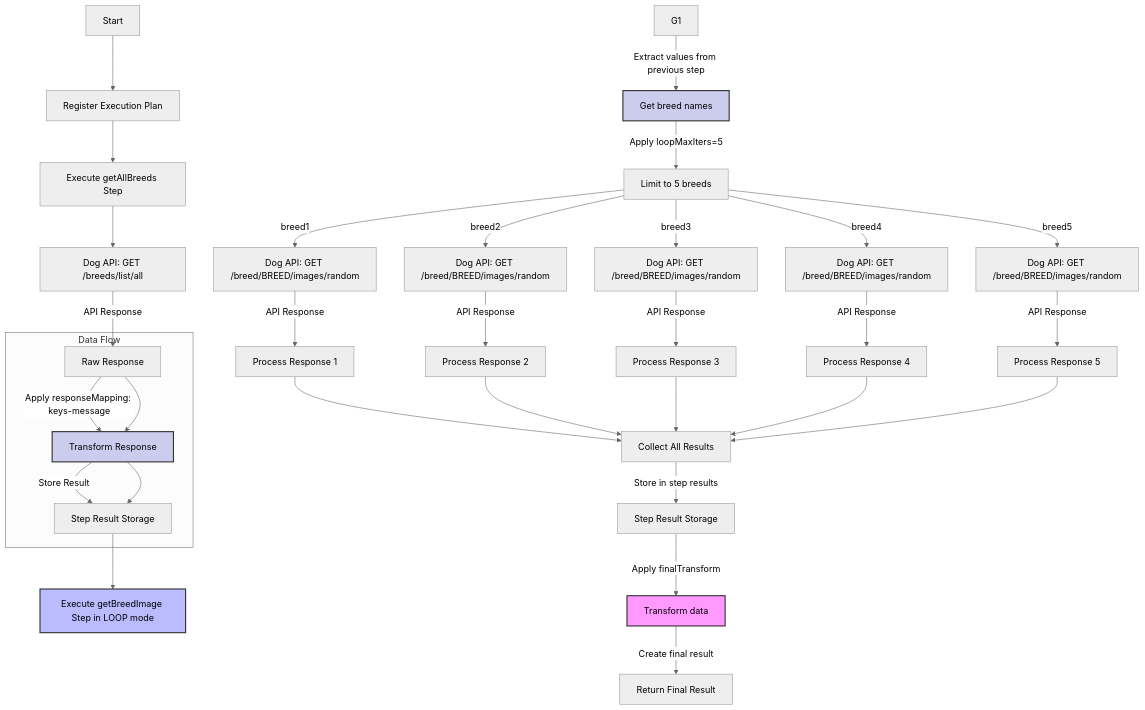
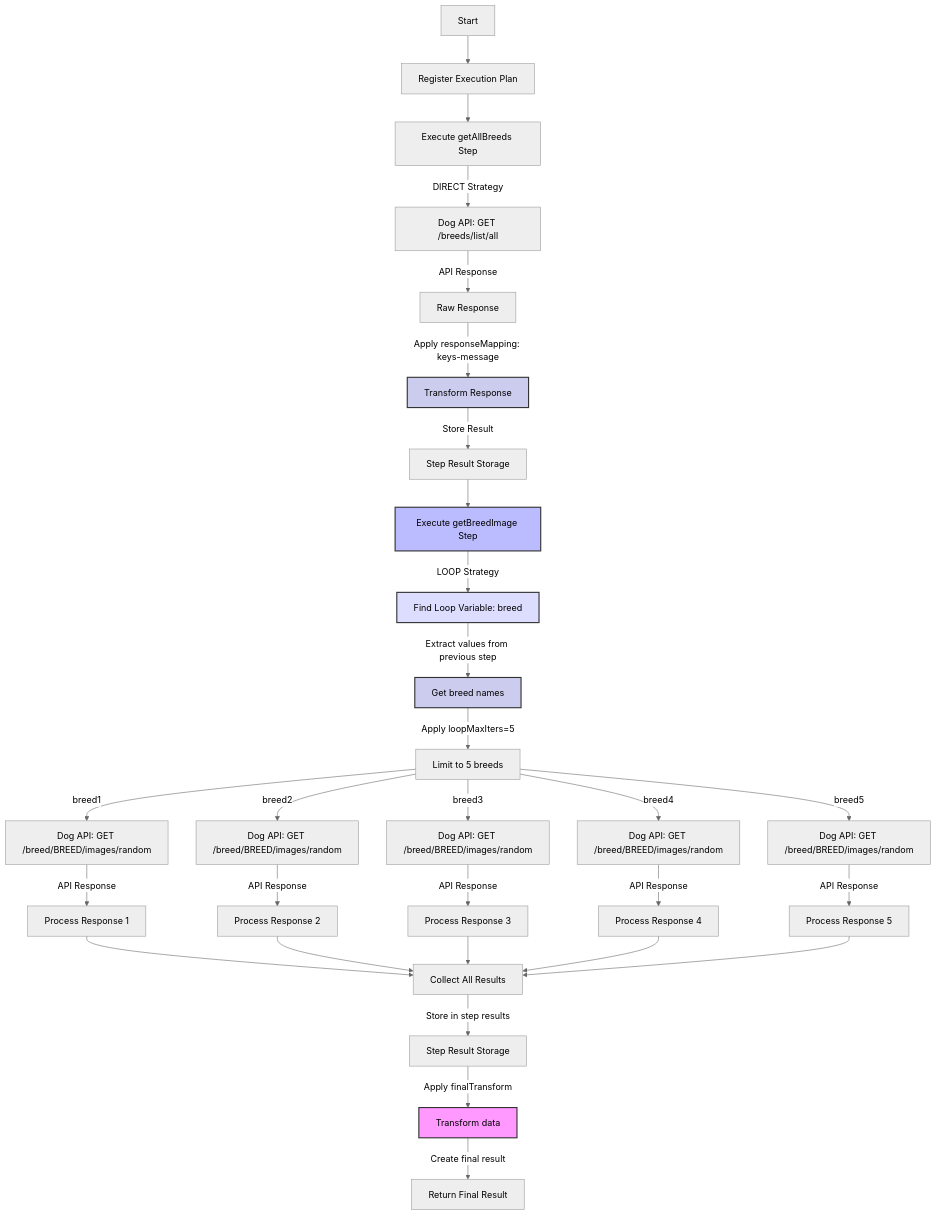
One commit to superglue-ai/superglue changed the fourth of 4 diagrams in packages/core/components/workflow/README.md. Above: the diagram before and after it, drawn with Mermaid (neutral theme). The commit also changed other lines of this file, not shown here.

````diff
--- a/packages/core/components/workflow/README.md
+++ b/packages/core/components/workflow/README.md
@@ -146,44 +137,42 @@
 ```mermaid
 flowchart TD
     A[Start] --> B[Register Execution Plan]
     B --> D[Execute getAllBreeds Step]
-    D --> E[Dog API: GET /breeds/list/all]
+    D --> |DIRECT Strategy| E[Dog API: GET /breeds/list/all]
     E --> |API Response| F1[Raw Response]
     F1 --> |Apply responseMapping: keys-message| F2[Transform Response]
     F2 --> |Store Result| F3[Step Result Storage]
     
-    F3 --> G[Execute getBreedImage Step in LOOP mode]
+    F3 --> G[Execute getBreedImage Step]
+    G --> |LOOP Strategy| G1[Find Loop Variable: breed]
     G1 --> |Extract values from previous step| G2[Get breed names]
     G2 --> |Apply loopMaxIters=5| G3[Limit to 5 breeds]
     
     G3 --> |breed1| H1[Dog API: GET /breed/BREED/images/random]
     G3 --> |breed2| H2[Dog API: GET /breed/BREED/images/random]
     G3 --> |breed3| H3[Dog API: GET /breed/BREED/images/random]
     G3 --> |breed4| H4[Dog API: GET /breed/BREED/images/random]
     G3 --> |breed5| H5[Dog API: GET /breed/BREED/images/random]
     
     H1 --> |API Response| I1[Process Response 1]
     H2 --> |API Response| I2[Process Response 2]
     H3 --> |API Response| I3[Process Response 3]
     H4 --> |API Response| I4[Process Response 4]
     H5 --> |API Response| I5[Process Response 5]
     
     I1 --> I[Collect All Results]
     I2 --> I
     I3 --> I
     I4 --> I
     I5 --> I
     
     I --> |Store in step results| J1[Step Result Storage]
     J1 --> |Apply finalTransform| J2[Transform data]
     J2 --> |Create final result| K[Return Final Result]
     
-    subgraph "Data Flow"
-    F1 --> F2 --> F3
-    end
-    
     style G fill:#bbf,stroke:#333,stroke-width:2px
     style J2 fill:#f9f,stroke:#333,stroke-width:2px
     style F2 fill:#cce,stroke:#333,stroke-width:2px
+    style G1 fill:#ddf,stroke:#333,stroke-width:2px
     style G2 fill:#cce,stroke:#333,stroke-width:2px
 ```
````
